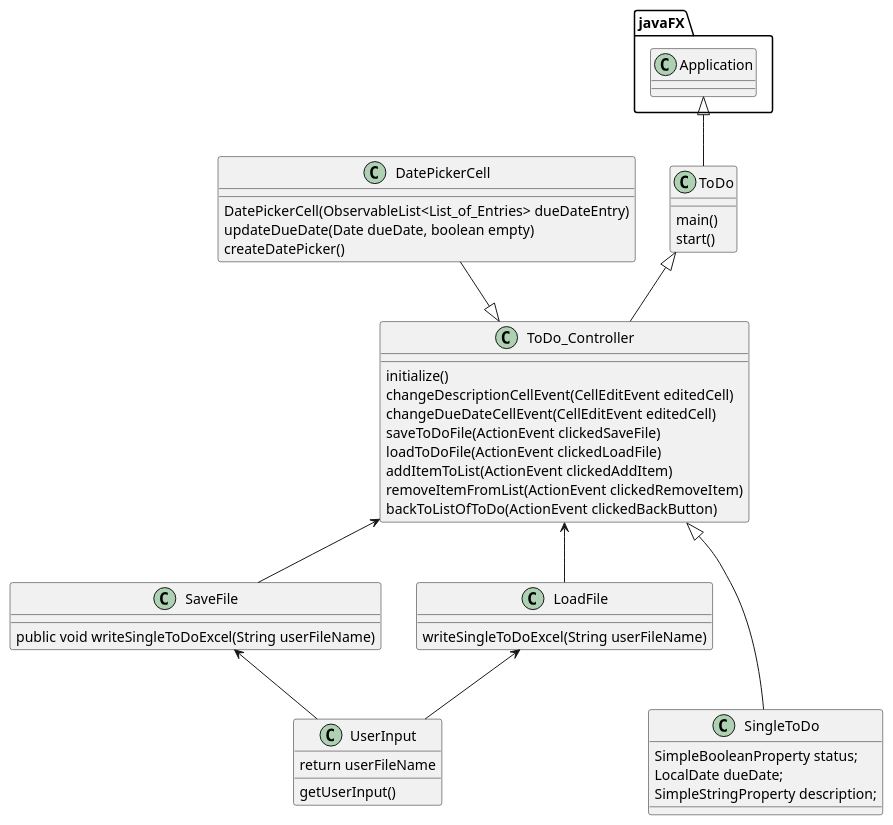
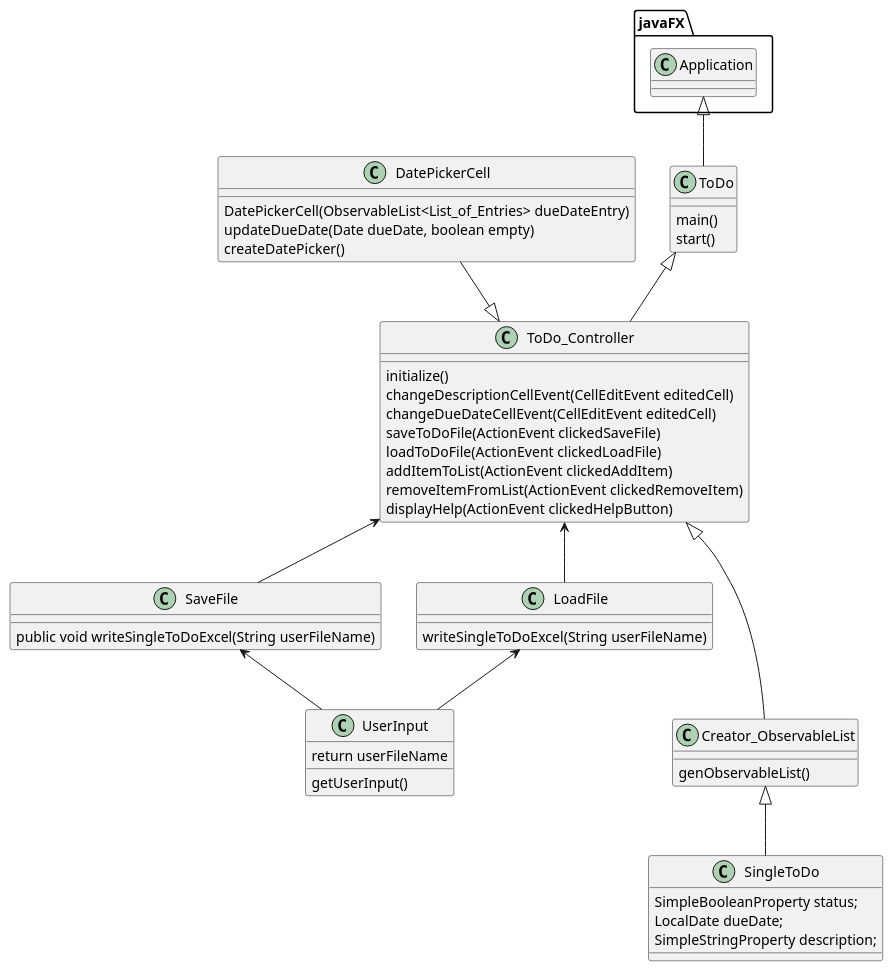
One commit to C-Gagne/gagne-cop3330-assignment4part2 changed the diagram in uml/toDo_UML.puml. Above: the diagram before and after it, drawn with PlantUML. The commit also changed 3 other files, not shown here.

```diff
--- a/uml/toDo_UML.puml
+++ b/uml/toDo_UML.puml
@@ -1,68 +1,74 @@
 @startuml
 'https://plantuml.com/class-diagram
 
 class ToDo {
     main()
     start()
 }
 
 class ToDo_Controller
 {
     initialize()
     changeDescriptionCellEvent(CellEditEvent editedCell)
     changeDueDateCellEvent(CellEditEvent editedCell)
     saveToDoFile(ActionEvent clickedSaveFile)
     loadToDoFile(ActionEvent clickedLoadFile)
     addItemToList(ActionEvent clickedAddItem)
     removeItemFromList(ActionEvent clickedRemoveItem)
-    backToListOfToDo(ActionEvent clickedBackButton)
+    displayHelp(ActionEvent clickedHelpButton)
 
 }
 class UserInput
 {
     getUserInput()
         return userFileName
 }
 
 class SaveFile
 {
     public void writeSingleToDoExcel(String userFileName)
 }
 
 class LoadFile
 {
     writeSingleToDoExcel(String userFileName)
+}
+
+class Creator_ObservableList
+{
+    genObservableList()
 }
 
 class SingleToDo
 {
         SimpleBooleanProperty status;
         LocalDate dueDate;
         SimpleStringProperty description;
 }
 
 class DatePickerCell
 {
     DatePickerCell(ObservableList<List_of_Entries> dueDateEntry)
     updateDueDate(Date dueDate, boolean empty)
     createDatePicker()
 }
 
 
 javaFX.Application <|-- ToDo
 
 ToDo <|-- ToDo_Controller
-ToDo_Controller <|--- SingleToDo
+ToDo_Controller <|--- Creator_ObservableList
+Creator_ObservableList <|-- SingleToDo
 
 SaveFile <-- UserInput
 LoadFile <-- UserInput
 
 
 ToDo_Controller <-- SaveFile
 ToDo_Controller <-- LoadFile
 
 DatePickerCell --|> ToDo_Controller
 
 
 
 @enduml
```
